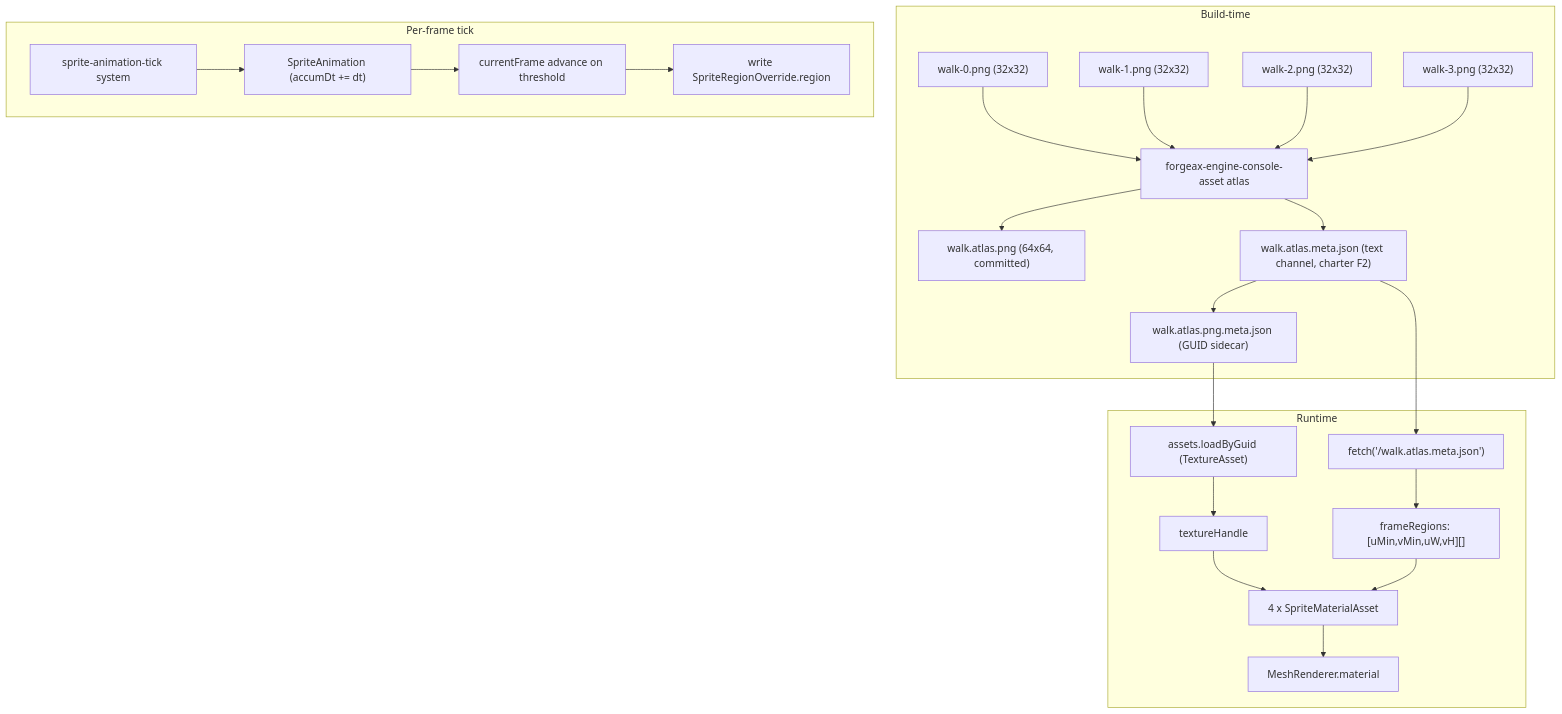
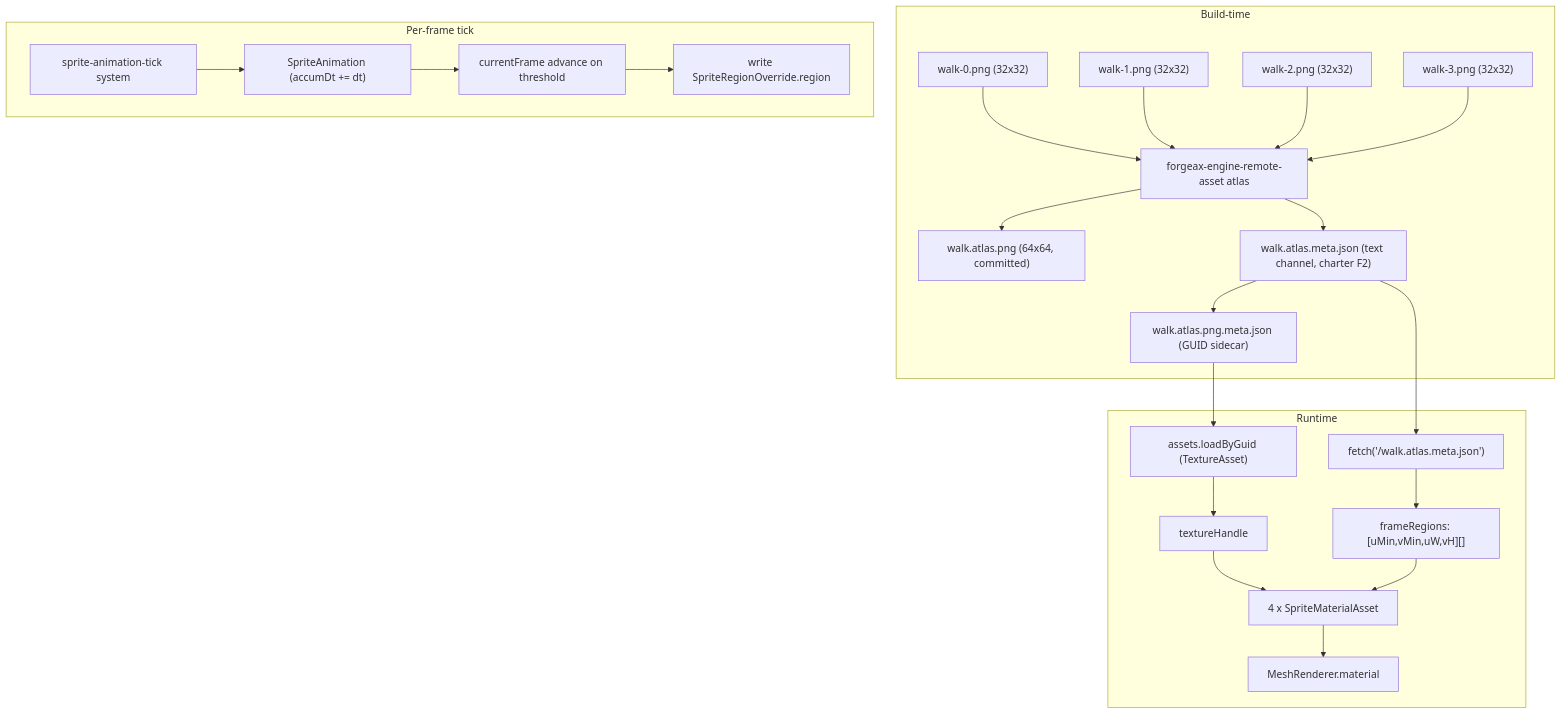
The diagram in packages/engine/apps/hello/sprite-atlas/README.md (ForgeaX-Games/forgeax-editor), drawn with Mermaid before and after one commit. The commit also changed other lines of this file and 200 other files, not shown here.

````diff
--- a/packages/engine/apps/hello/sprite-atlas/README.md
+++ b/packages/engine/apps/hello/sprite-atlas/README.md
@@ -81,26 +81,26 @@
 ```mermaid
 flowchart TD
   subgraph build["Build-time"]
-    png0["walk-0.png (32x32)"] --> atlasCLI["forgeax-engine-console-asset atlas"]
+    png0["walk-0.png (32x32)"] --> atlasCLI["forgeax-engine-remote-asset atlas"]
     png1["walk-1.png (32x32)"] --> atlasCLI
     png2["walk-2.png (32x32)"] --> atlasCLI
     png3["walk-3.png (32x32)"] --> atlasCLI
     atlasCLI --> atlasPNG["walk.atlas.png (64x64, committed)"]
     atlasCLI --> sidecar["walk.atlas.meta.json (text channel, charter F2)"]
     sidecar --> metaJSON["walk.atlas.png.meta.json (GUID sidecar)"]
   end
   subgraph runtime["Runtime"]
     metaJSON --> loadByGuid["assets.loadByGuid (TextureAsset)"]
     sidecar --> fetch["fetch('/walk.atlas.meta.json')"]
     fetch --> regions["frameRegions: [uMin,vMin,uW,vH][]"]
     loadByGuid --> tex["textureHandle"]
     tex --> mat["4 x SpriteMaterialAsset"]
     regions --> mat
     mat --> mr["MeshRenderer.material"]
   end
   subgraph tick["Per-frame tick"]
     sched["sprite-animation-tick system"] --> anim["SpriteAnimation (accumDt += dt)"]
     anim --> advance["currentFrame advance on threshold"]
     advance --> write["write SpriteRegionOverride.region"]
   end
 ```
````
